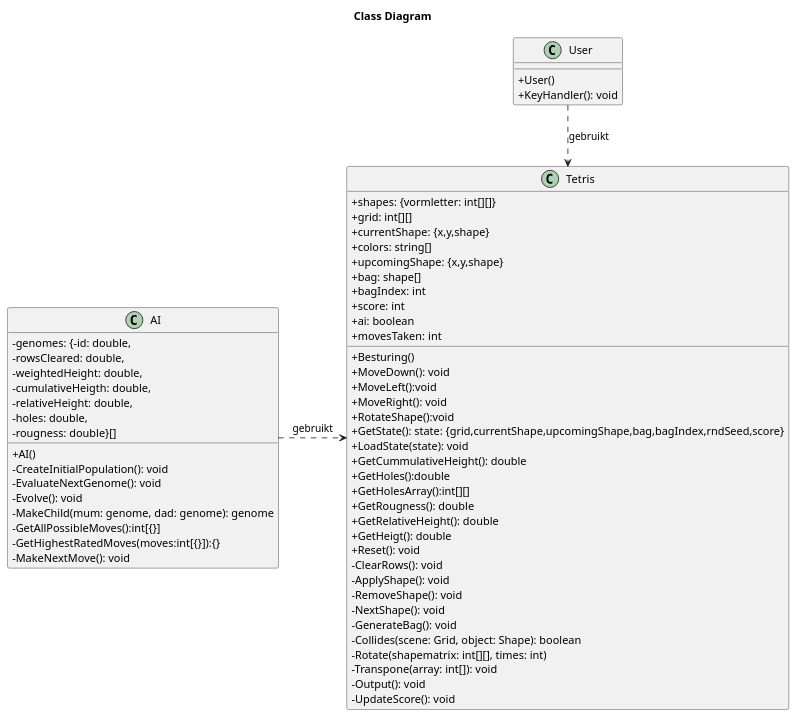
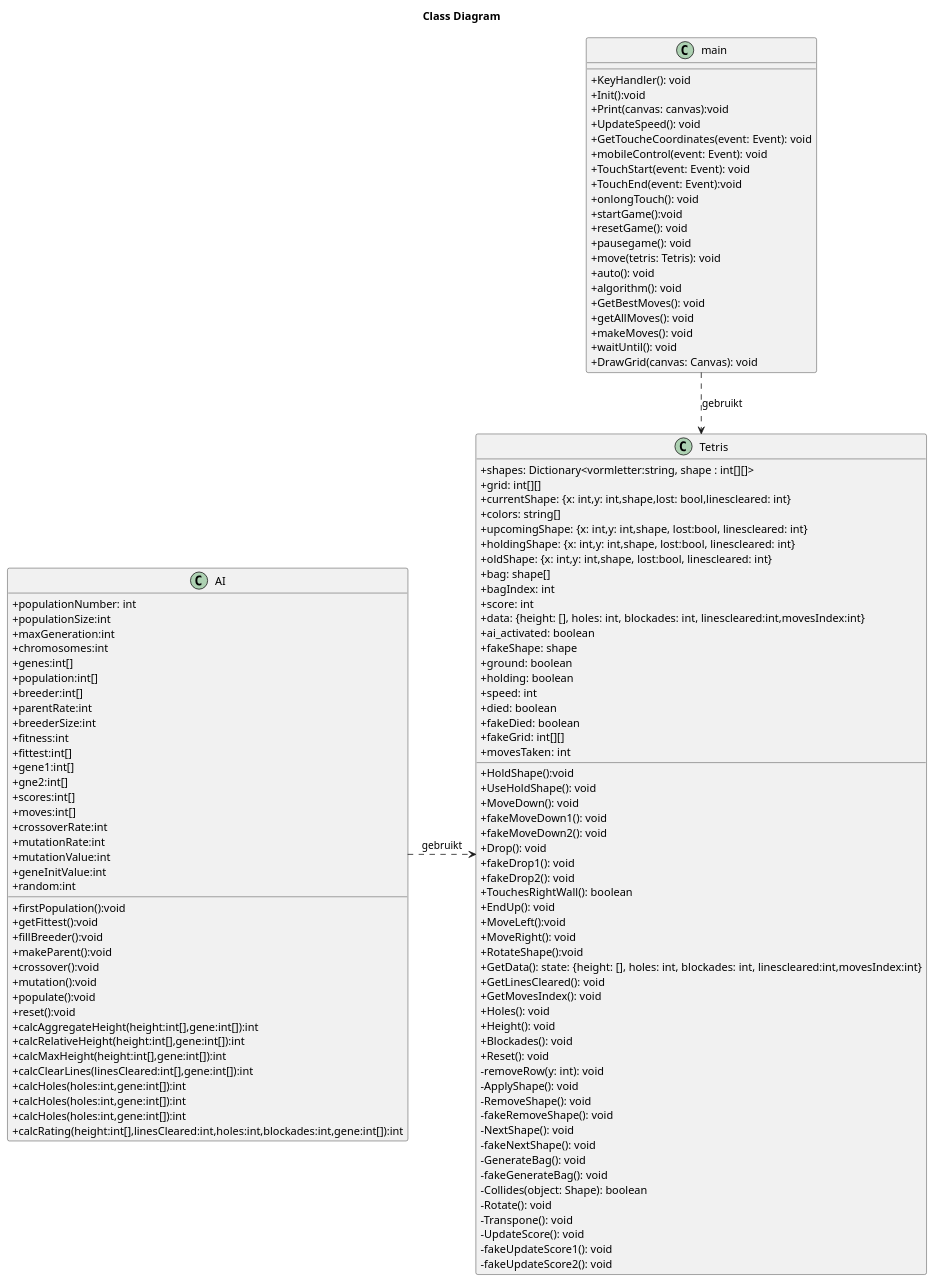
One commit to matissecallewaert/ai-tetris changed the diagram in Analyse/Class.puml. Above: the diagram before and after it, drawn with PlantUML. The commit also changed 1 other file, not shown here.

```diff
--- a/Analyse/Class.puml
+++ b/Analyse/Class.puml
@@ -1,65 +1,125 @@
 @startuml klassediagram tetrisAI
 
 title ==Class Diagram==
 
 skinparam ClassAttributeIconSize 0
 class Tetris{
-    +shapes: {vormletter: int[][]}
+    +shapes: Dictionary<vormletter:string, shape : int[][]>
     +grid: int[][]
-    +currentShape: {x,y,shape}
+    +currentShape: {x: int,y: int,shape,lost: bool,linescleared: int}
     +colors: string[]
-    +upcomingShape: {x,y,shape}
+    +upcomingShape: {x: int,y: int,shape, lost:bool, linescleared: int}
+    +holdingShape: {x: int,y: int,shape, lost:bool, linescleared: int}
+    +oldShape: {x: int,y: int,shape, lost:bool, linescleared: int}
     +bag: shape[]
     +bagIndex: int
     +score: int
-    +ai: boolean
+    +data: {height: [], holes: int, blockades: int, linescleared:int,movesIndex:int}
+    +ai_activated: boolean
+    +fakeShape: shape
+    +ground: boolean
+    +holding: boolean   
+    +speed: int
+    +died: boolean
+    +fakeDied: boolean
+    +fakeGrid: int[][]
+    +HoldShape():void
+    +UseHoldShape(): void
     +movesTaken: int
-    +Besturing()
     +MoveDown(): void
+    +fakeMoveDown1(): void
+    +fakeMoveDown2(): void
+    +Drop(): void
+    +fakeDrop1(): void
+    +fakeDrop2(): void
+    +TouchesRightWall(): boolean
+    +EndUp(): void
     +MoveLeft():void
     +MoveRight(): void
     +RotateShape():void
-    +GetState(): state: {grid,currentShape,upcomingShape,bag,bagIndex,rndSeed,score}
-    +LoadState(state): void
-    +GetCummulativeHeight(): double
-    +GetHoles():double
-    +GetHolesArray():int[][]
-    +GetRougness(): double
-    +GetRelativeHeight(): double
-    +GetHeigt(): double
+    +GetData(): state: {height: [], holes: int, blockades: int, linescleared:int,movesIndex:int}
+    +GetLinesCleared(): void
+    +GetMovesIndex(): void
+    +Holes(): void
+    +Height(): void
+    +Blockades(): void
     +Reset(): void
-    -ClearRows(): void
+    -removeRow(y: int): void
     -ApplyShape(): void
     -RemoveShape(): void
+    -fakeRemoveShape(): void
     -NextShape(): void
+    -fakeNextShape(): void
     -GenerateBag(): void
-    -Collides(scene: Grid, object: Shape): boolean
-    -Rotate(shapematrix: int[][], times: int)
-    -Transpone(array: int[]): void
-    -Output(): void
+    -fakeGenerateBag(): void
+    -Collides(object: Shape): boolean
+    -Rotate(): void
+    -Transpone(): void
     -UpdateScore(): void
+    -fakeUpdateScore1(): void
+    -fakeUpdateScore2(): void
+
 }
 class AI{
-    -genomes: {-id: double,
-        -rowsCleared: double,
-        -weightedHeight: double,
-        -cumulativeHeigth: double,
-        -relativeHeight: double,
-        -holes: double,
-        -rougness: double}[]
-    +AI()
-    -CreateInitialPopulation(): void
-    -EvaluateNextGenome(): void
-    -Evolve(): void
-    -MakeChild(mum: genome, dad: genome): genome
-    -GetAllPossibleMoves():int[{}]
-    -GetHighestRatedMoves(moves:int[{}]):{}
-    -MakeNextMove(): void
+    +populationNumber: int
+    +populationSize:int
+    +maxGeneration:int
+    +chromosomes:int
+    +genes:int[]
+    +population:int[]
+    +breeder:int[]
+    +parentRate:int
+    +breederSize:int
+    +fitness:int
+    +fittest:int[]
+    +gene1:int[]
+    +gne2:int[]
+    +scores:int[]
+    +moves:int[]
+    +crossoverRate:int
+    +mutationRate:int
+    +mutationValue:int
+    +geneInitValue:int
+    +random:int
+    +firstPopulation():void
+    +getFittest():void
+    +fillBreeder():void
+    +makeParent():void
+    +crossover():void
+    +mutation():void
+    +populate():void
+    +reset():void
+    +calcAggregateHeight(height:int[],gene:int[]):int
+    +calcRelativeHeight(height:int[],gene:int[]):int
+    +calcMaxHeight(height:int[],gene:int[]):int
+    +calcClearLines(linesCleared:int[],gene:int[]):int
+    +calcHoles(holes:int,gene:int[]):int
+    +calcHoles(holes:int,gene:int[]):int
+    +calcHoles(holes:int,gene:int[]):int
+    +calcRating(height:int[],linesCleared:int,holes:int,blockades:int,gene:int[]):int
 }
-class User{
-    +User()
+class main{
     +KeyHandler(): void
+    +Init():void
+    +Print(canvas: canvas):void
+    +UpdateSpeed(): void
+    +GetToucheCoordinates(event: Event): void
+    +mobileControl(event: Event): void
+    +TouchStart(event: Event): void
+    +TouchEnd(event: Event):void
+    +onlongTouch(): void
+    +startGame():void
+    +resetGame(): void
+    +pausegame(): void
+    +move(tetris: Tetris): void
+    +auto(): void
+    +algorithm(): void
+    +GetBestMoves(): void
+    +getAllMoves(): void
+    +makeMoves(): void
+    +waitUntil(): void
+    +DrawGrid(canvas: Canvas): void
 }
-User ..> Tetris: gebruikt
+main ..> Tetris: gebruikt
 AI .> Tetris: gebruikt
 @enduml
```
